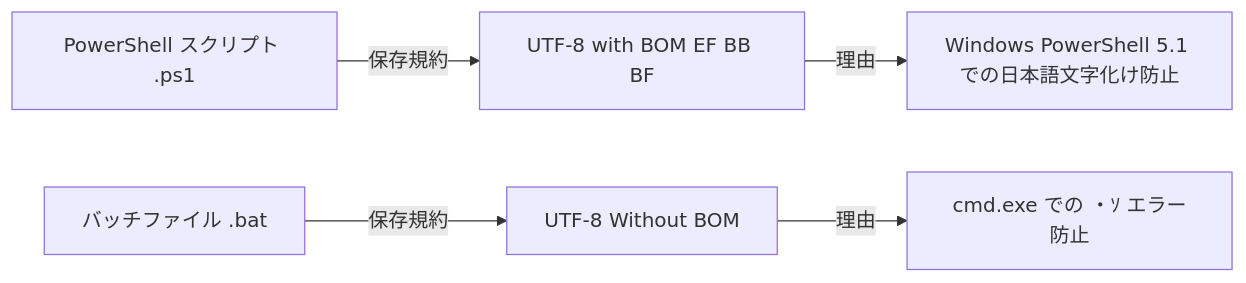
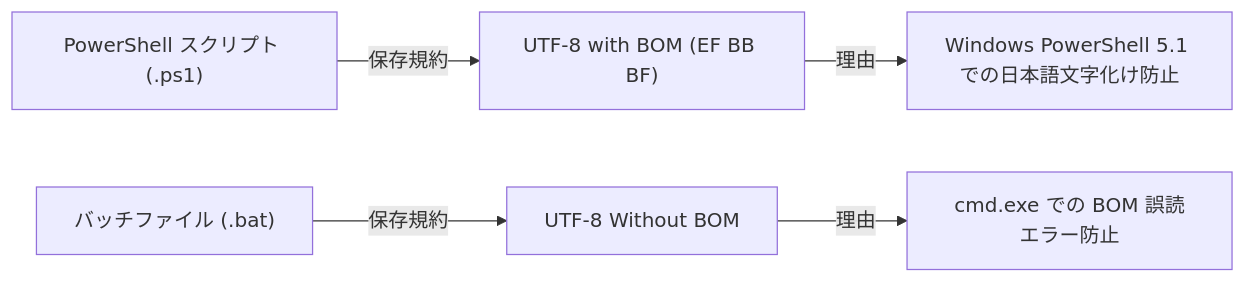
The first of 2 diagrams in markdown_sample/guides/環境構築.md (chottokun/SimpleWiki), drawn with Mermaid before and after one commit. The commit also changed other lines of this file and 4 other files, not shown here.

Commit message:
fix(docs): quote Mermaid diagram labels for strict parser compatibility

````diff
--- a/markdown_sample/guides/環境構築.md
+++ b/markdown_sample/guides/環境構築.md
@@ -43,8 +43,8 @@
 ```mermaid
-graph LR
-    PS1[PowerShell スクリプト .ps1] -->|保存規約| BOM[UTF-8 with BOM EF BB BF]
-    BAT[バッチファイル .bat] -->|保存規約| NOBOM[UTF-8 Without BOM]
+flowchart LR
+    PS1["PowerShell スクリプト (.ps1)"] -->|保存規約| BOM["UTF-8 with BOM (EF BB BF)"]
+    BAT["バッチファイル (.bat)"] -->|保存規約| NOBOM["UTF-8 Without BOM"]
     
-    BOM -->|理由| PS51[Windows PowerShell 5.1 での日本語文字化け防止]
-    NOBOM -->|理由| CMD[cmd.exe での ・ｿ エラー防止]
+    BOM -->|理由| PS51["Windows PowerShell 5.1 での日本語文字化け防止"]
+    NOBOM -->|理由| CMD["cmd.exe での BOM 誤読エラー防止"]
 ```
````
